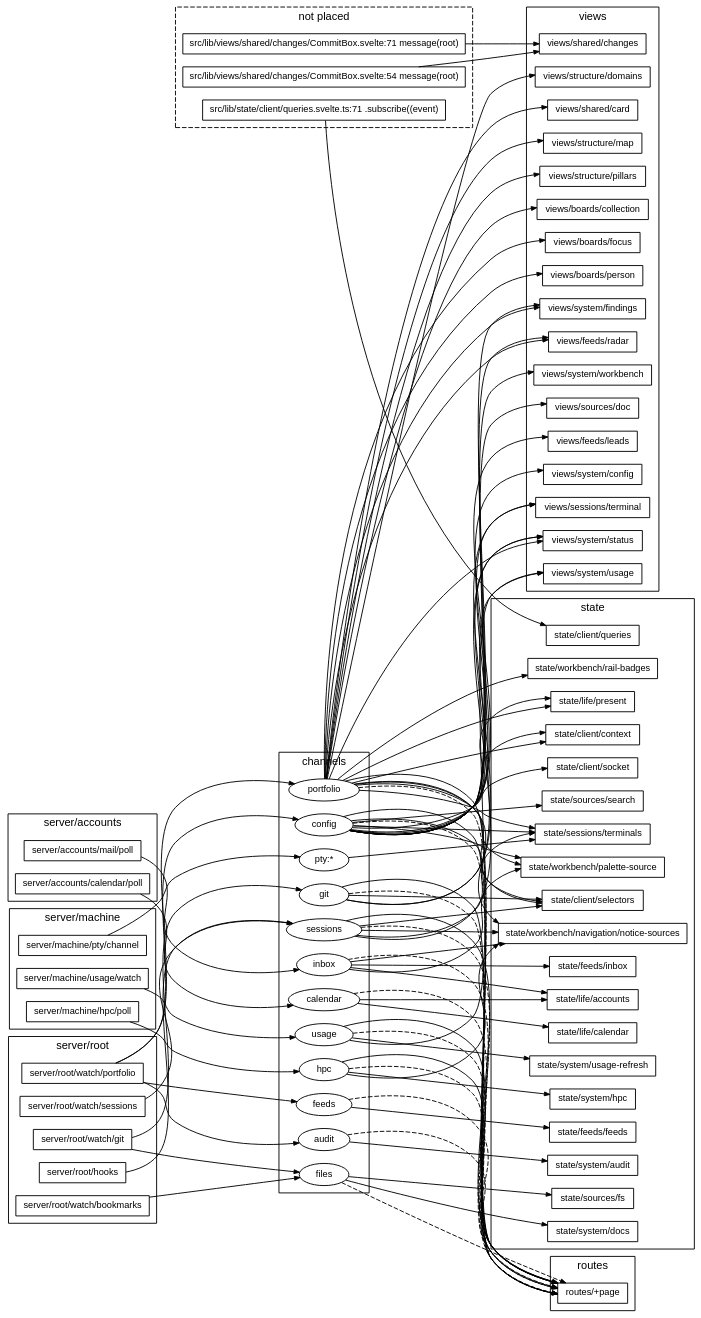
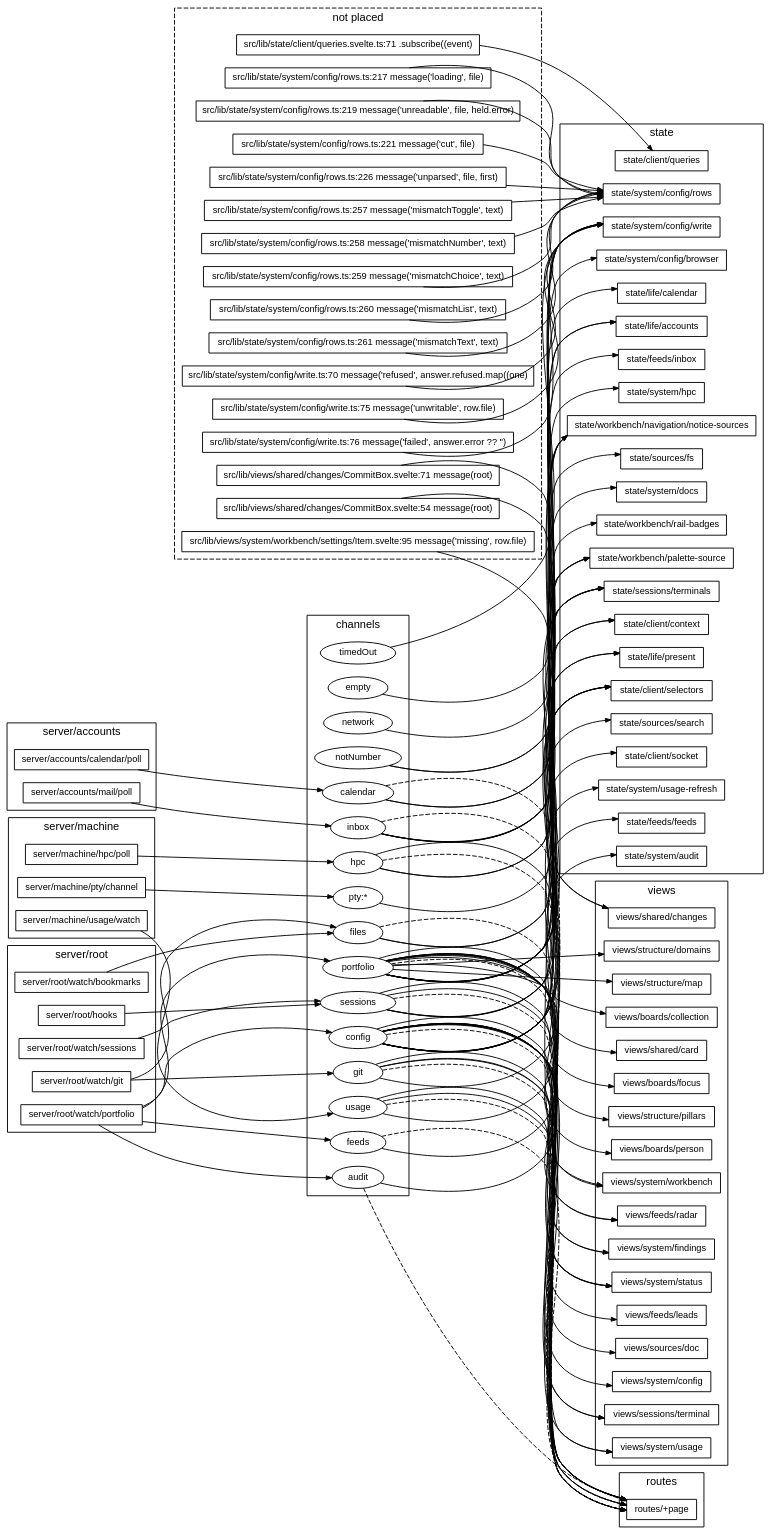
One commit to TheAxeC/oculus changed the diagram in docs/diagrams/channels.dot. Above: the diagram before and after it, drawn with Graphviz. The commit also changed 66 other files, not shown here.

```diff
--- a/docs/diagrams/channels.dot
+++ b/docs/diagrams/channels.dot
@@ -26,21 +26,38 @@
         "ch audit" [label="audit", shape=ellipse];
         "ch calendar" [label="calendar", shape=ellipse];
         "ch config" [label="config", shape=ellipse];
+        "ch empty" [label="empty", shape=ellipse];
         "ch feeds" [label="feeds", shape=ellipse];
         "ch files" [label="files", shape=ellipse];
         "ch git" [label="git", shape=ellipse];
         "ch hpc" [label="hpc", shape=ellipse];
         "ch inbox" [label="inbox", shape=ellipse];
+        "ch network" [label="network", shape=ellipse];
+        "ch notNumber" [label="notNumber", shape=ellipse];
         "ch portfolio" [label="portfolio", shape=ellipse];
         "ch pty:*" [label="pty:*", shape=ellipse];
         "ch sessions" [label="sessions", shape=ellipse];
+        "ch timedOut" [label="timedOut", shape=ellipse];
         "ch usage" [label="usage", shape=ellipse];
     }
     subgraph "cluster_lost" {
         label="not placed"; style=dashed;
         "? src/lib/state/client/queries.svelte.ts:71" [label="src/lib/state/client/queries.svelte.ts:71 .subscribe((event)"];
+        "? src/lib/state/system/config/rows.ts:217" [label="src/lib/state/system/config/rows.ts:217 message('loading', file)"];
+        "? src/lib/state/system/config/rows.ts:219" [label="src/lib/state/system/config/rows.ts:219 message('unreadable', file, held.error)"];
+        "? src/lib/state/system/config/rows.ts:221" [label="src/lib/state/system/config/rows.ts:221 message('cut', file)"];
+        "? src/lib/state/system/config/rows.ts:226" [label="src/lib/state/system/config/rows.ts:226 message('unparsed', file, first)"];
+        "? src/lib/state/system/config/rows.ts:257" [label="src/lib/state/system/config/rows.ts:257 message('mismatchToggle', text)"];
+        "? src/lib/state/system/config/rows.ts:258" [label="src/lib/state/system/config/rows.ts:258 message('mismatchNumber', text)"];
+        "? src/lib/state/system/config/rows.ts:259" [label="src/lib/state/system/config/rows.ts:259 message('mismatchChoice', text)"];
+        "? src/lib/state/system/config/rows.ts:260" [label="src/lib/state/system/config/rows.ts:260 message('mismatchList', text)"];
+        "? src/lib/state/system/config/rows.ts:261" [label="src/lib/state/system/config/rows.ts:261 message('mismatchText', text)"];
+        "? src/lib/state/system/config/write.ts:70" [label="src/lib/state/system/config/write.ts:70 message('refused', answer.refused.map((one)"];
+        "? src/lib/state/system/config/write.ts:75" [label="src/lib/state/system/config/write.ts:75 message('unwritable', row.file)"];
+        "? src/lib/state/system/config/write.ts:76" [label="src/lib/state/system/config/write.ts:76 message('failed', answer.error ?? '')"];
         "? src/lib/views/shared/changes/CommitBox.svelte:54" [label="src/lib/views/shared/changes/CommitBox.svelte:54 message(root)"];
         "? src/lib/views/shared/changes/CommitBox.svelte:71" [label="src/lib/views/shared/changes/CommitBox.svelte:71 message(root)"];
+        "? src/lib/views/system/workbench/settings/Item.svelte:95" [label="src/lib/views/system/workbench/settings/Item.svelte:95 message('missing', row.file)"];
     }
     subgraph "cluster_read state" {
         label="state"; style=solid;
@@ -57,6 +74,9 @@
         "state/sources/fs";
         "state/sources/search";
         "state/system/audit";
+        "state/system/config/browser";
+        "state/system/config/rows";
+        "state/system/config/write";
         "state/system/docs";
         "state/system/hpc";
         "state/system/usage-refresh";
@@ -89,8 +109,21 @@
         "routes/+page";
     }
     "? src/lib/state/client/queries.svelte.ts:71" -> "state/client/queries";
+    "? src/lib/state/system/config/rows.ts:217" -> "state/system/config/rows";
+    "? src/lib/state/system/config/rows.ts:219" -> "state/system/config/rows";
+    "? src/lib/state/system/config/rows.ts:221" -> "state/system/config/rows";
+    "? src/lib/state/system/config/rows.ts:226" -> "state/system/config/rows";
+    "? src/lib/state/system/config/rows.ts:257" -> "state/system/config/rows";
+    "? src/lib/state/system/config/rows.ts:258" -> "state/system/config/rows";
+    "? src/lib/state/system/config/rows.ts:259" -> "state/system/config/rows";
+    "? src/lib/state/system/config/rows.ts:260" -> "state/system/config/rows";
+    "? src/lib/state/system/config/rows.ts:261" -> "state/system/config/rows";
+    "? src/lib/state/system/config/write.ts:70" -> "state/system/config/write";
+    "? src/lib/state/system/config/write.ts:75" -> "state/system/config/write";
+    "? src/lib/state/system/config/write.ts:76" -> "state/system/config/write";
     "? src/lib/views/shared/changes/CommitBox.svelte:54" -> "views/shared/changes";
     "? src/lib/views/shared/changes/CommitBox.svelte:71" -> "views/shared/changes";
+    "? src/lib/views/system/workbench/settings/Item.svelte:95" -> "views/system/workbench";
     "ch audit" -> "routes/+page" [style=dashed];
     "ch audit" -> "state/system/audit";
     "ch calendar" -> "routes/+page" [style=dashed];
@@ -113,6 +146,7 @@
     "ch config" -> "views/system/findings";
     "ch config" -> "views/system/usage";
     "ch config" -> "views/system/workbench";
+    "ch empty" -> "state/system/config/write";
     "ch feeds" -> "routes/+page" [style=dashed];
     "ch feeds" -> "state/feeds/feeds";
     "ch files" -> "routes/+page" [style=dashed];
@@ -132,6 +166,9 @@
     "ch inbox" -> "state/life/accounts";
     "ch inbox" -> "state/workbench/navigation/notice-sources";
     "ch inbox" -> "state/workbench/palette-source";
+    "ch network" -> "state/system/config/write";
+    "ch notNumber" -> "state/system/config/browser";
+    "ch notNumber" -> "state/system/config/write";
     "ch portfolio" -> "routes/+page" [style=dashed];
     "ch portfolio" -> "routes/+page";
     "ch portfolio" -> "state/client/context";
@@ -158,6 +195,7 @@
     "ch sessions" -> "state/sessions/terminals";
     "ch sessions" -> "state/workbench/navigation/notice-sources";
     "ch sessions" -> "views/system/status";
+    "ch timedOut" -> "state/system/config/write";
     "ch usage" -> "routes/+page" [style=dashed];
     "ch usage" -> "routes/+page";
     "ch usage" -> "state/system/usage-refresh";
```
